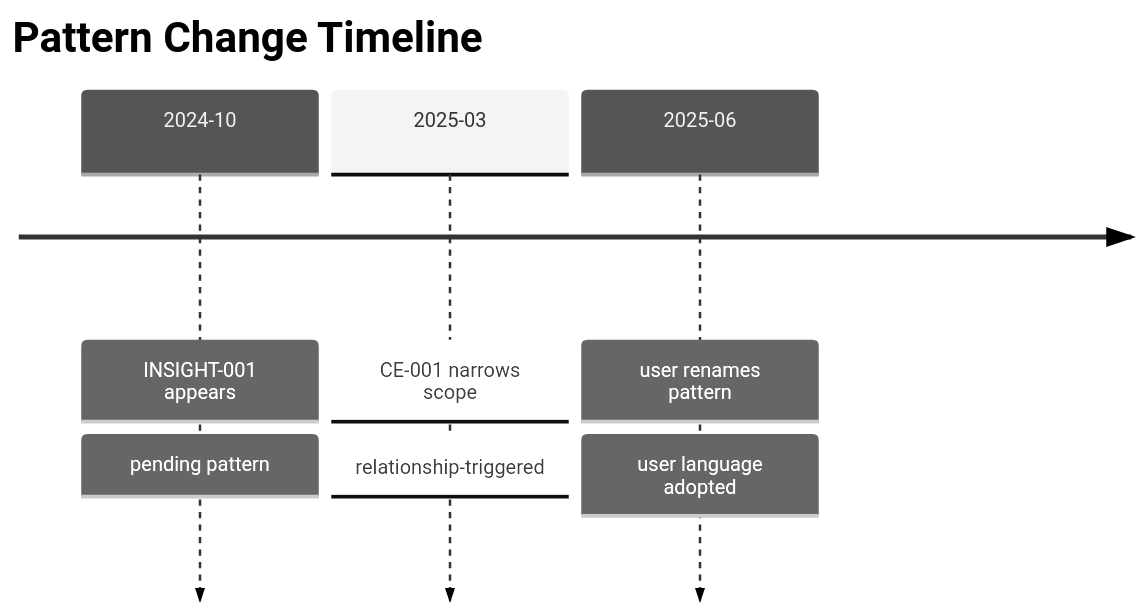
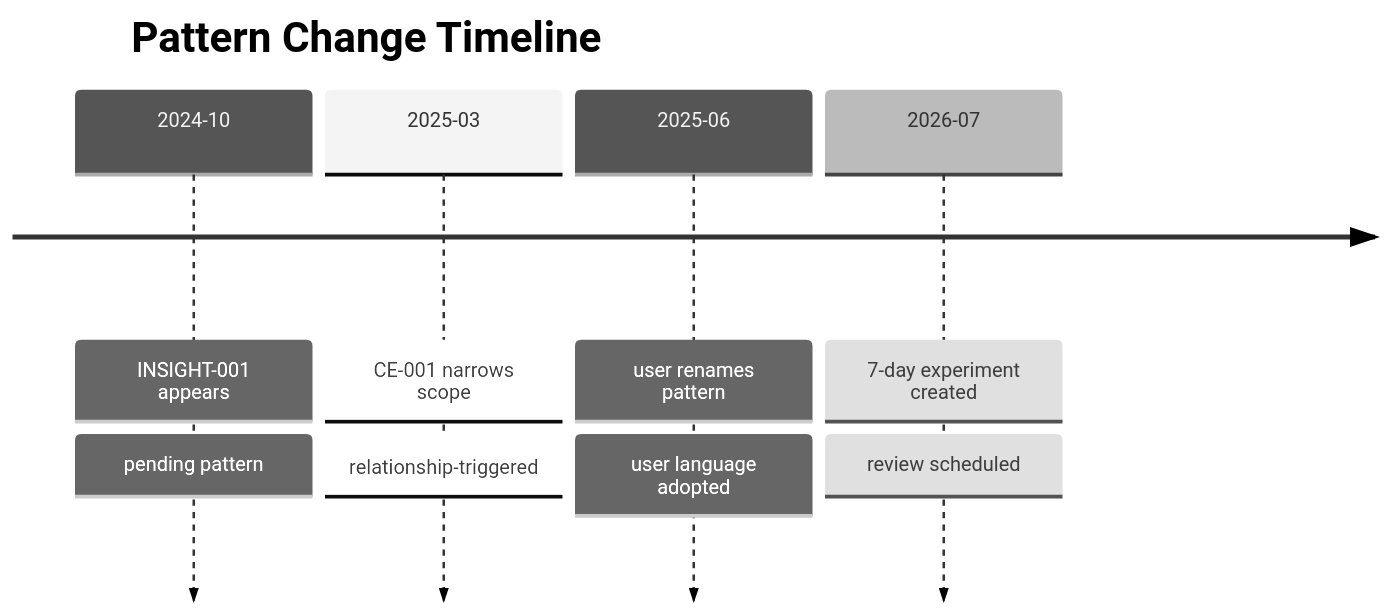
Before and after one commit to Jowitt13/living-mirror-skills: the second of 2 diagrams in docs/visual-templates.md, drawn with Mermaid (neutral theme). The commit also changed other lines of this file and 80 other files, not shown here.

````diff
--- a/docs/visual-templates.md
+++ b/docs/visual-templates.md
@@ -22,7 +22,8 @@
 ```mermaid
 timeline
   title Pattern Change Timeline
   2024-10 : INSIGHT-001 appears : pending pattern
   2025-03 : CE-001 narrows scope : relationship-triggered
   2025-06 : user renames pattern : user language adopted
+  2026-07 : 7-day experiment created : review scheduled
 ```
````
